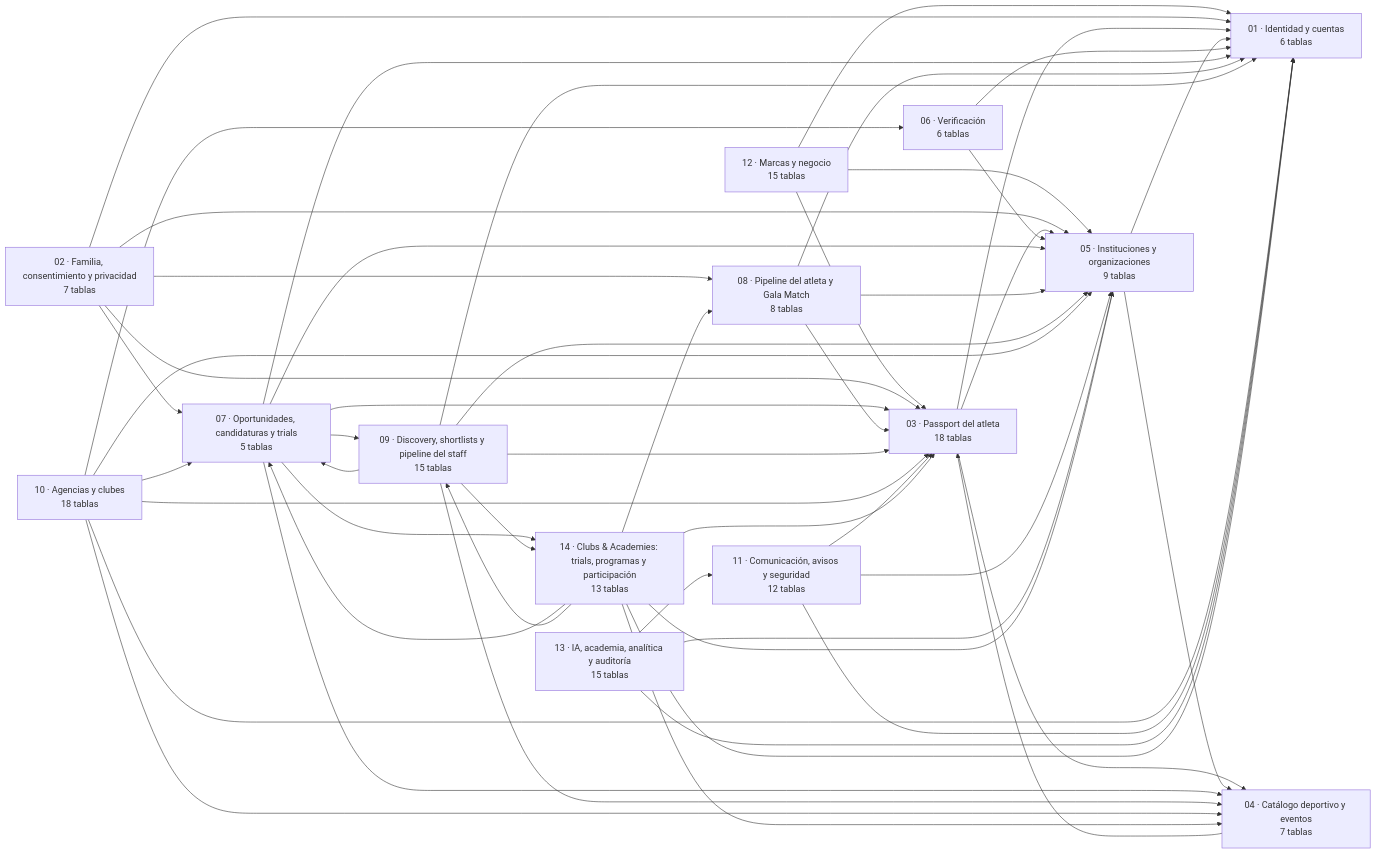
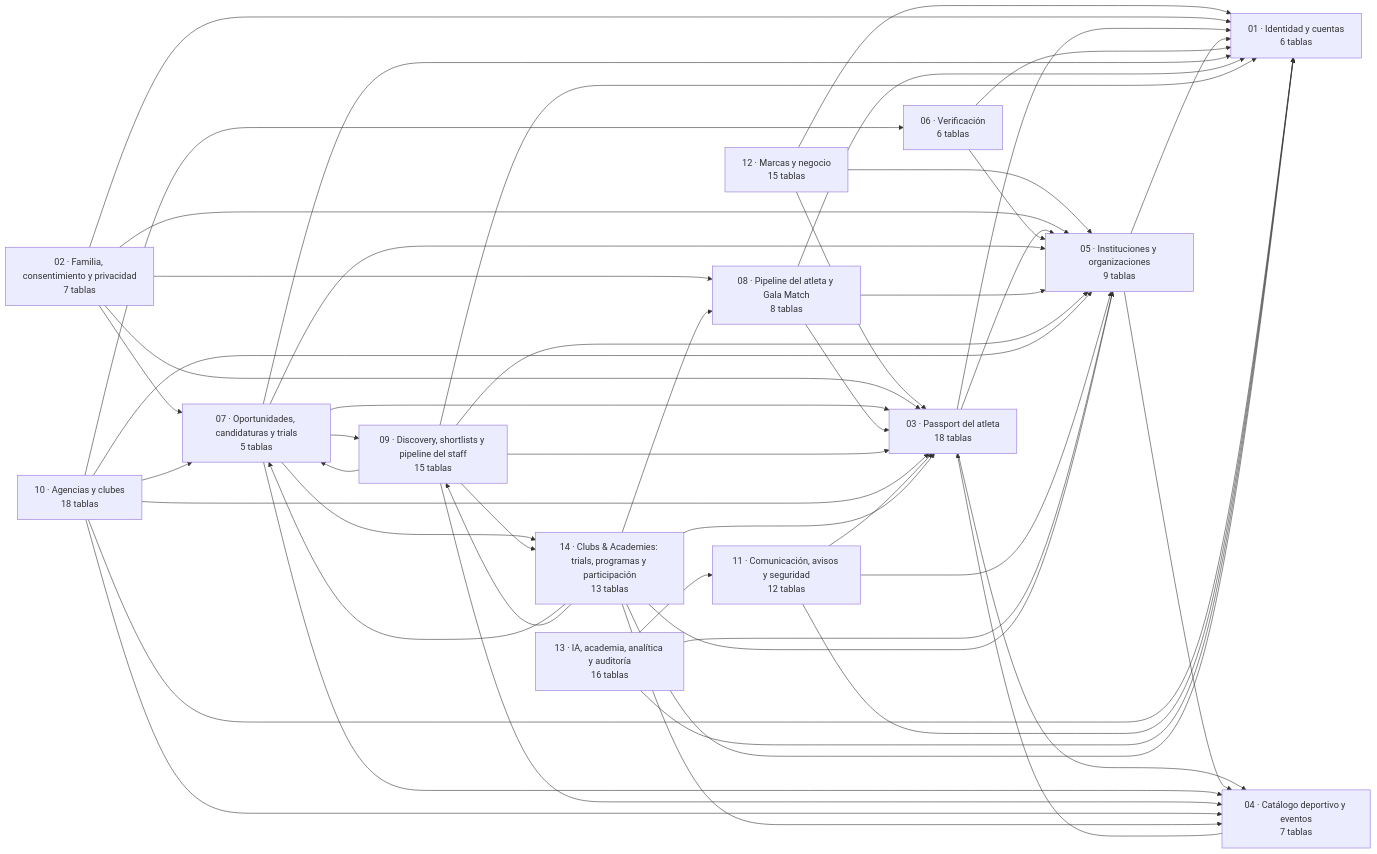
The first of 2 diagrams in docs/erd/00-MASTER.md (Galacamarena9/THE-GALA-ALLIANCE), drawn with Mermaid before and after one commit. The commit also changed other lines of this file and 15 other files, not shown here.

````diff
--- a/docs/erd/00-MASTER.md
+++ b/docs/erd/00-MASTER.md
@@ -13,67 +13,67 @@
 ```mermaid
 flowchart LR
   D01["01 · Identidad y cuentas<br>6 tablas"]
   D02["02 · Familia, consentimiento y privacidad<br>7 tablas"]
   D03["03 · Passport del atleta<br>18 tablas"]
   D04["04 · Catálogo deportivo y eventos<br>7 tablas"]
   D05["05 · Instituciones y organizaciones<br>9 tablas"]
   D06["06 · Verificación<br>6 tablas"]
   D07["07 · Oportunidades, candidaturas y trials<br>5 tablas"]
   D08["08 · Pipeline del atleta y Gala Match<br>8 tablas"]
   D09["09 · Discovery, shortlists y pipeline del staff<br>15 tablas"]
   D10["10 · Agencias y clubes<br>18 tablas"]
   D11["11 · Comunicación, avisos y seguridad<br>12 tablas"]
   D12["12 · Marcas y negocio<br>15 tablas"]
-  D13["13 · IA, academia, analítica y auditoría<br>15 tablas"]
+  D13["13 · IA, academia, analítica y auditoría<br>16 tablas"]
   D14["14 · Clubs & Academies: trials, programas y participación<br>13 tablas"]
   D12 --> D01
   D12 --> D03
   D12 --> D05
   D02 --> D01
   D02 --> D03
   D02 --> D05
   D02 --> D07
   D02 --> D08
   D03 --> D01
   D03 --> D04
   D03 --> D05
   D04 --> D03
   D05 --> D01
   D05 --> D04
   D06 --> D01
   D06 --> D05
   D07 --> D01
   D07 --> D03
   D07 --> D04
   D07 --> D05
   D07 --> D09
   D07 --> D14
   D08 --> D01
   D08 --> D03
   D08 --> D05
   D09 --> D01
   D09 --> D03
   D09 --> D04
   D09 --> D05
   D09 --> D07
   D09 --> D14
   D10 --> D01
   D10 --> D03
   D10 --> D04
   D10 --> D05
   D10 --> D06
   D10 --> D07
   D11 --> D01
   D11 --> D03
   D11 --> D05
   D13 --> D01
   D13 --> D05
   D13 --> D11
   D14 --> D01
   D14 --> D03
   D14 --> D04
   D14 --> D05
   D14 --> D07
   D14 --> D08
   D14 --> D09
 ```
````
